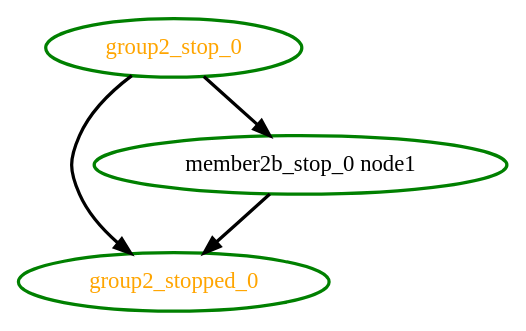
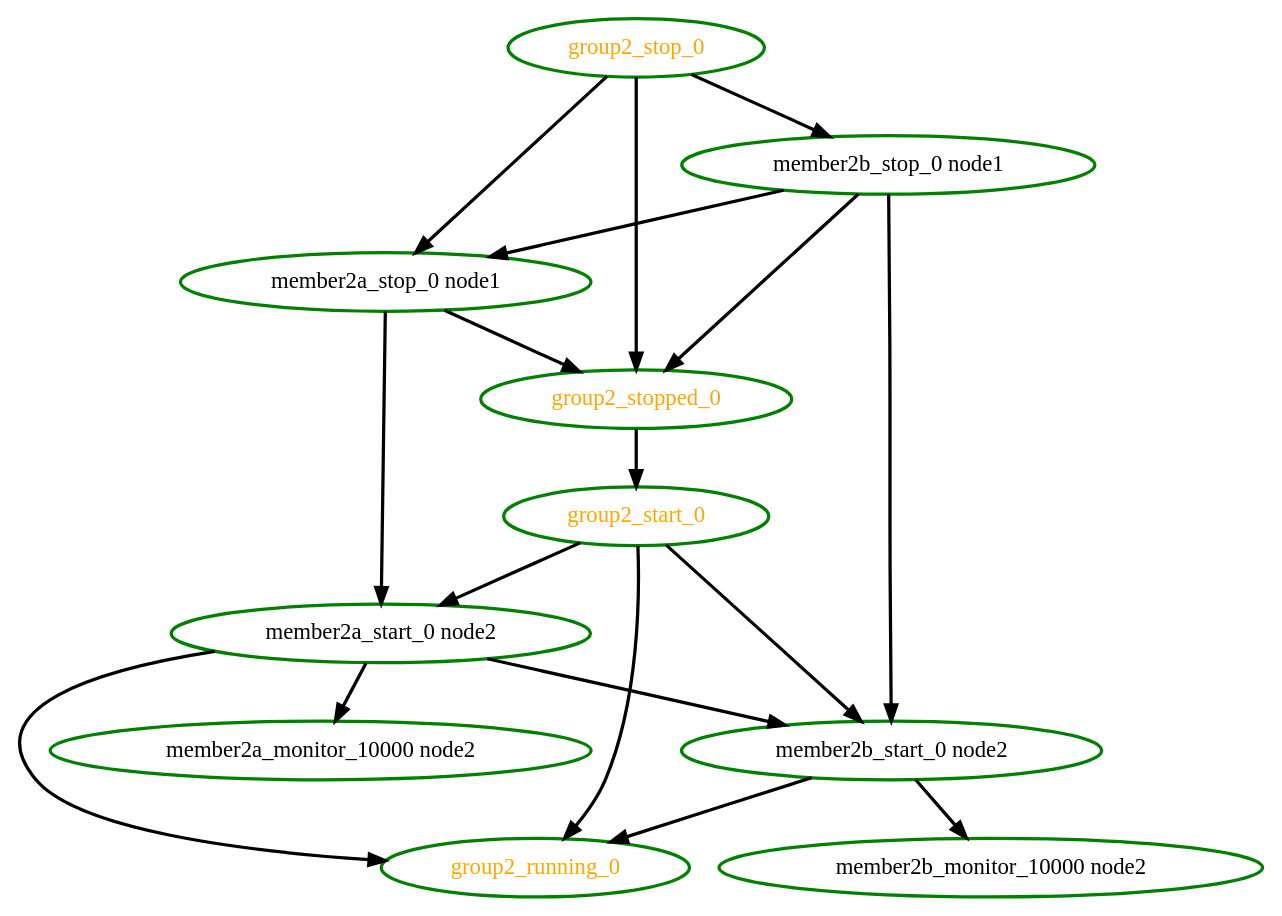
The diagram in cts/scheduler/dot/group-anticolocation.dot (ClusterLabs/pacemaker), drawn with Graphviz before and after one commit. The commit also changed 5 other files, not shown here.

```diff
--- a/cts/scheduler/dot/group-anticolocation.dot
+++ b/cts/scheduler/dot/group-anticolocation.dot
@@ -1,8 +1,29 @@
  digraph "g" {
+"group2_running_0" [ style=bold color="green" fontcolor="orange"]
+"group2_start_0" -> "group2_running_0" [ style = bold]
+"group2_start_0" -> "member2a_start_0 node2" [ style = bold]
+"group2_start_0" -> "member2b_start_0 node2" [ style = bold]
+"group2_start_0" [ style=bold color="green" fontcolor="orange"]
 "group2_stop_0" -> "group2_stopped_0" [ style = bold]
+"group2_stop_0" -> "member2a_stop_0 node1" [ style = bold]
 "group2_stop_0" -> "member2b_stop_0 node1" [ style = bold]
 "group2_stop_0" [ style=bold color="green" fontcolor="orange"]
+"group2_stopped_0" -> "group2_start_0" [ style = bold]
 "group2_stopped_0" [ style=bold color="green" fontcolor="orange"]
+"member2a_monitor_10000 node2" [ style=bold color="green" fontcolor="black"]
+"member2a_start_0 node2" -> "group2_running_0" [ style = bold]
+"member2a_start_0 node2" -> "member2a_monitor_10000 node2" [ style = bold]
+"member2a_start_0 node2" -> "member2b_start_0 node2" [ style = bold]
+"member2a_start_0 node2" [ style=bold color="green" fontcolor="black"]
+"member2a_stop_0 node1" -> "group2_stopped_0" [ style = bold]
+"member2a_stop_0 node1" -> "member2a_start_0 node2" [ style = bold]
+"member2a_stop_0 node1" [ style=bold color="green" fontcolor="black"]
+"member2b_monitor_10000 node2" [ style=bold color="green" fontcolor="black"]
+"member2b_start_0 node2" -> "group2_running_0" [ style = bold]
+"member2b_start_0 node2" -> "member2b_monitor_10000 node2" [ style = bold]
+"member2b_start_0 node2" [ style=bold color="green" fontcolor="black"]
 "member2b_stop_0 node1" -> "group2_stopped_0" [ style = bold]
+"member2b_stop_0 node1" -> "member2a_stop_0 node1" [ style = bold]
+"member2b_stop_0 node1" -> "member2b_start_0 node2" [ style = bold]
 "member2b_stop_0 node1" [ style=bold color="green" fontcolor="black"]
 }
```
